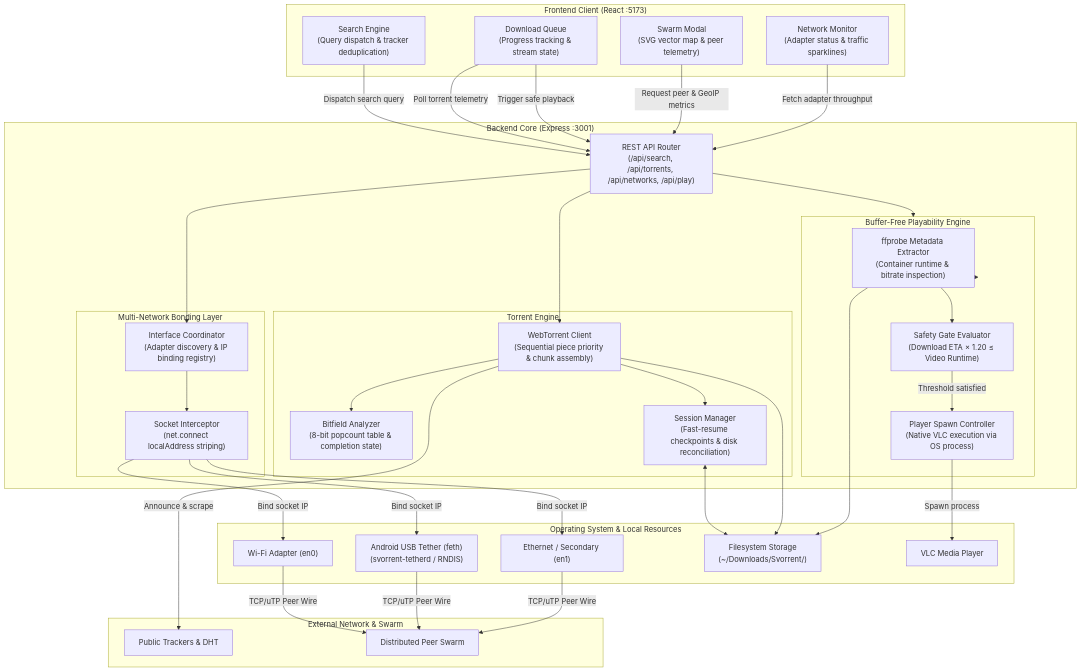
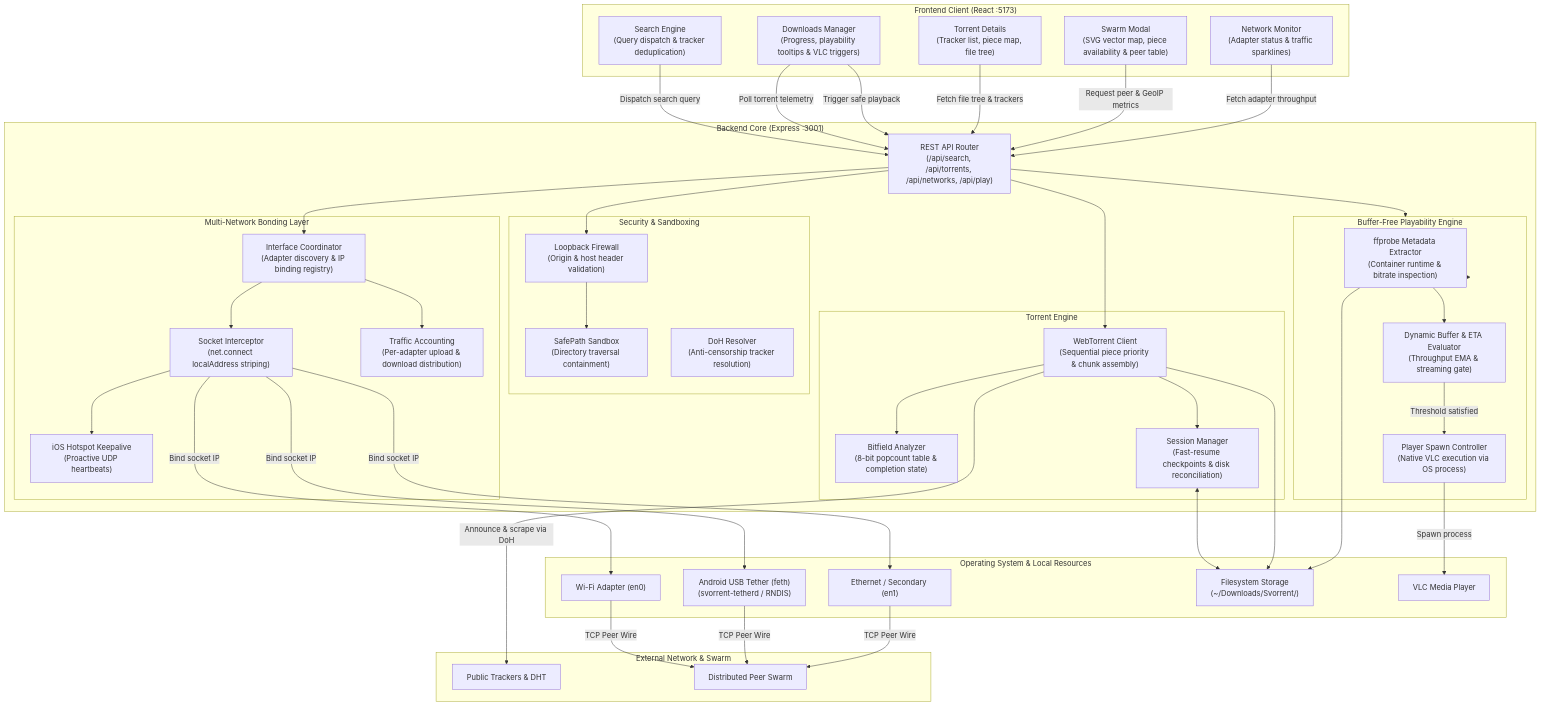
One commit to AdhishXD/svorrent changed the diagram in README.md. Above: the diagram before and after it, drawn with Mermaid. The commit also changed other lines of this file and 4 other files, not shown here.

Commit message:
docs: update README with v1.0.1 screenshots, architecture, and flowchart

````diff
--- a/README.md
+++ b/README.md
@@ -180,14 +194,21 @@
 flowchart TD
     subgraph Client["Frontend Client (React :5173)"]
         UI_Search["Search Engine<br/>(Query dispatch & tracker deduplication)"]
-        UI_Queue["Download Queue<br/>(Progress tracking & stream state)"]
-        UI_Swarm["Swarm Modal<br/>(SVG vector map & peer telemetry)"]
+        UI_Queue["Downloads Manager<br/>(Progress, playability tooltips & VLC triggers)"]
+        UI_Details["Torrent Details<br/>(Tracker list, piece map, file tree)"]
+        UI_Swarm["Swarm Modal<br/>(SVG vector map, piece availability & peer table)"]
         UI_Net["Network Monitor<br/>(Adapter status & traffic sparklines)"]
     end
 
     subgraph Server["Backend Core (Express :3001)"]
         API["REST API Router<br/>(/api/search, /api/torrents, /api/networks, /api/play)"]
         
+        subgraph SecLayer["Security & Sandboxing"]
+            Firewall["Loopback Firewall<br/>(Origin & host header validation)"]
+            SafePath["SafePath Sandbox<br/>(Directory traversal containment)"]
+            DoH["DoH Resolver<br/>(Anti-censorship tracker resolution)"]
+        end
+
         subgraph TorrentEngine["Torrent Engine"]
             WT["WebTorrent Client<br/>(Sequential piece priority & chunk assembly)"]
             Bitfield["Bitfield Analyzer<br/>(8-bit popcount table & completion state)"]
@@ -196,13 +217,15 @@
 
         subgraph MediaEngine["Buffer-Free Playability Engine"]
             Probe["ffprobe Metadata Extractor<br/>(Container runtime & bitrate inspection)"]
-            Calc["Safety Gate Evaluator<br/>(Download ETA × 1.20 ≤ Video Runtime)"]
+            Calc["Dynamic Buffer & ETA Evaluator<br/>(Throughput EMA & streaming gate)"]
             Launcher["Player Spawn Controller<br/>(Native VLC execution via OS process)"]
         end
 
         subgraph NetLayer["Multi-Network Bonding Layer"]
             NetMgr["Interface Coordinator<br/>(Adapter discovery & IP binding registry)"]
             SocketHook["Socket Interceptor<br/>(net.connect localAddress striping)"]
+            Keepalive["iOS Hotspot Keepalive<br/>(Proactive UDP heartbeats)"]
+            Telemetry["Traffic Accounting<br/>(Per-adapter upload & download distribution)"]
         end
     end
 
@@ -223,10 +246,13 @@
     UI_Search -->|Dispatch search query| API
     UI_Queue -->|Poll torrent telemetry| API
     UI_Queue -->|Trigger safe playback| API
+    UI_Details -->|Fetch file tree & trackers| API
     UI_Swarm -->|Request peer & GeoIP metrics| API
     UI_Net -->|Fetch adapter throughput| API
 
     %% Backend internal orchestration
+    API --> Firewall
+    Firewall --> SafePath
     API --> WT
     API --> NetMgr
     API --> MediaEngine
@@ -245,13 +271,15 @@
 
     %% Multi-network socket routing
     NetMgr --> SocketHook
+    NetMgr --> Telemetry
+    SocketHook --> Keepalive
     SocketHook -->|Bind socket IP| IF_WiFi
     SocketHook -->|Bind socket IP| IF_Tether
     SocketHook -->|Bind socket IP| IF_Eth
 
     %% Uplinks to Remote Swarm
-    IF_WiFi -->|TCP/uTP Peer Wire| Peers
-    IF_Tether -->|TCP/uTP Peer Wire| Peers
-    IF_Eth -->|TCP/uTP Peer Wire| Peers
-    WT -->|Announce & scrape| Trackers
+    IF_WiFi -->|TCP Peer Wire| Peers
+    IF_Tether -->|TCP Peer Wire| Peers
+    IF_Eth -->|TCP Peer Wire| Peers
+    WT -->|Announce & scrape via DoH| Trackers
 ```
````
